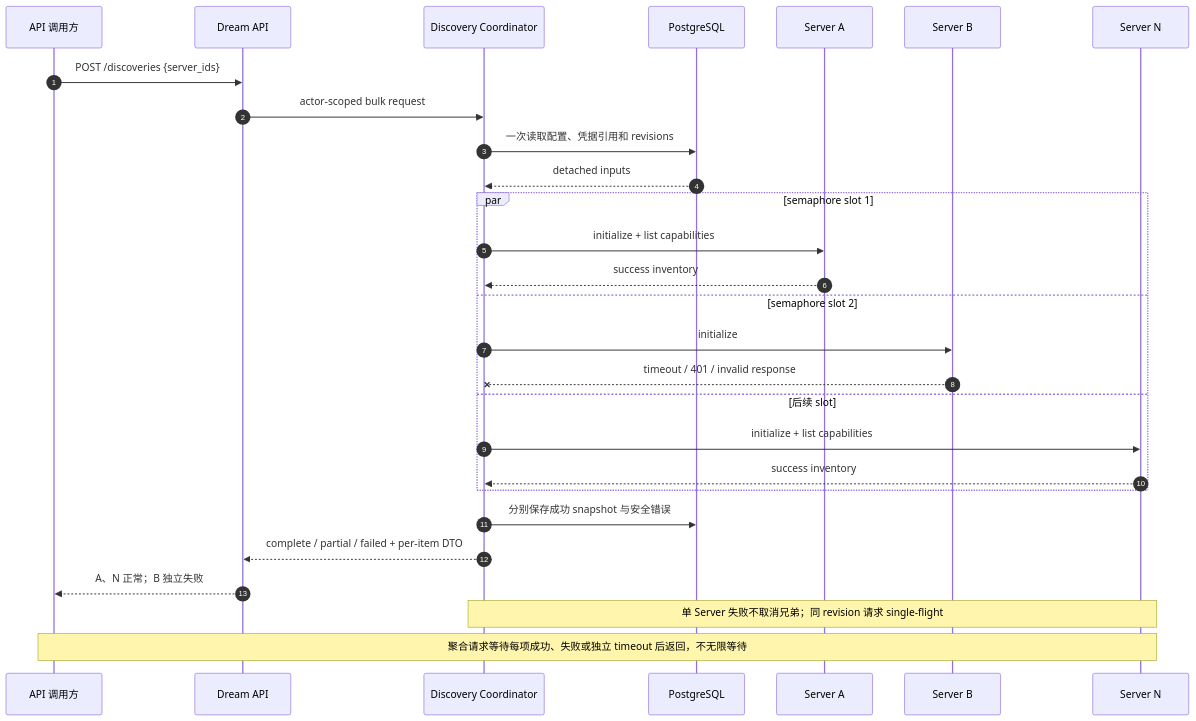
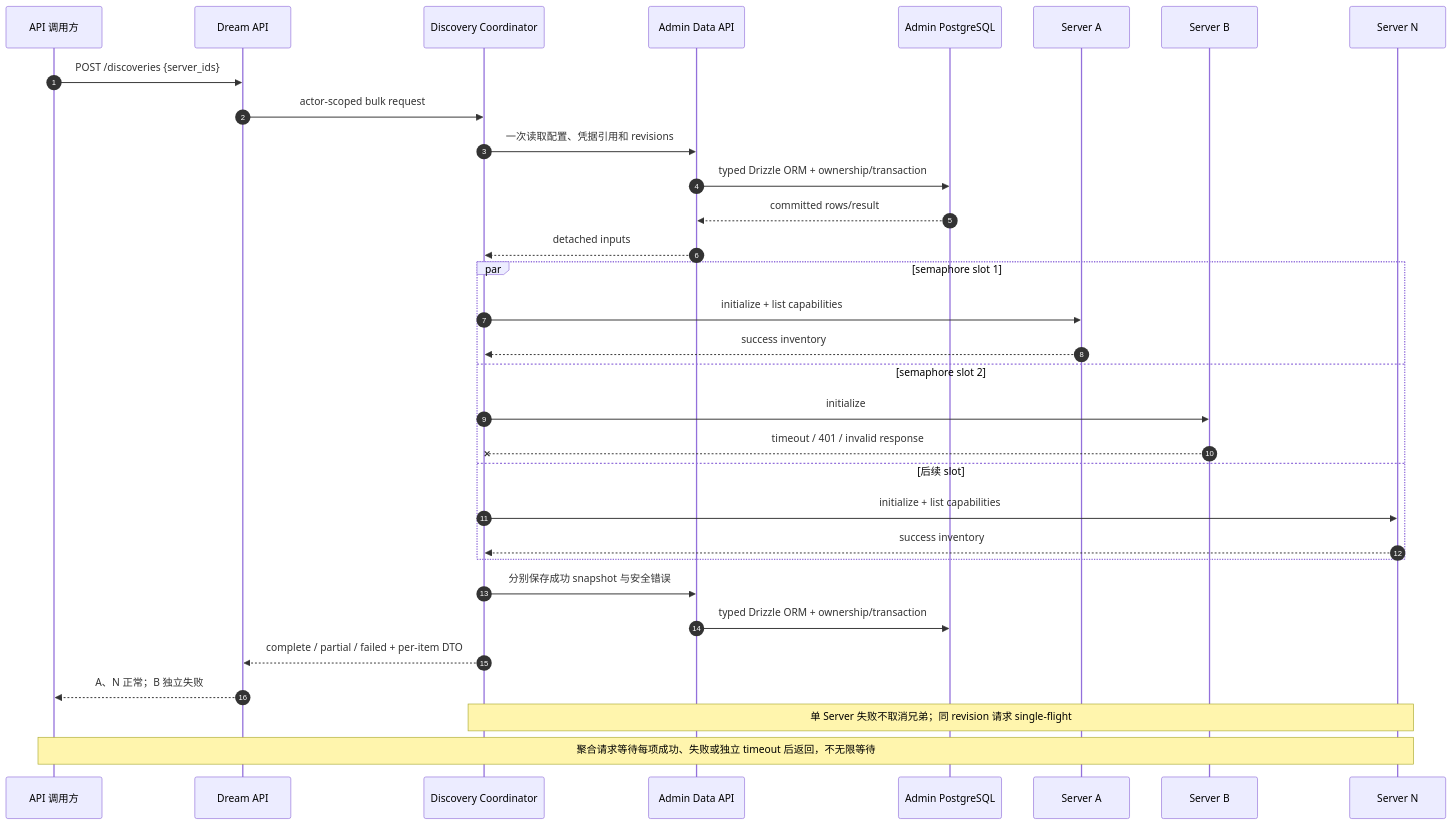
One commit to glide-the/im-dream changed the seventh of 10 diagrams in docs/design/claude-agent/dream-managed-mcp-business-sequences.md. Above: the diagram before and after it, drawn with Mermaid. The commit also changed other lines of this file and 30 other files, not shown here.

```diff
--- a/docs/design/claude-agent/dream-managed-mcp-business-sequences.md
+++ b/docs/design/claude-agent/dream-managed-mcp-business-sequences.md
@@ -285,31 +314,35 @@
 ~~~mermaid
 sequenceDiagram
     autonumber
     participant C as API 调用方
     participant API as Dream API
     participant D as Discovery Coordinator
-    participant DB as PostgreSQL
+    participant Admin as Admin Data API
+    participant DB as Admin PostgreSQL
     participant A as Server A
     participant B as Server B
     participant N as Server N
 
     C->>API: POST /discoveries {server_ids}
     API->>D: actor-scoped bulk request
-    D->>DB: 一次读取配置、凭据引用和 revisions
-    DB-->>D: detached inputs
+    D->>Admin: 一次读取配置、凭据引用和 revisions
+    Admin->>DB: typed Drizzle ORM + ownership/transaction
+    DB-->>Admin: committed rows/result
+    Admin-->>D: detached inputs
     par semaphore slot 1
         D->>A: initialize + list capabilities
         A-->>D: success inventory
     and semaphore slot 2
         D->>B: initialize
         B--xD: timeout / 401 / invalid response
     and 后续 slot
         D->>N: initialize + list capabilities
         N-->>D: success inventory
     end
-    D->>DB: 分别保存成功 snapshot 与安全错误
+    D->>Admin: 分别保存成功 snapshot 与安全错误
+    Admin->>DB: typed Drizzle ORM + ownership/transaction
     D-->>API: complete / partial / failed + per-item DTO
     API-->>C: A、N 正常；B 独立失败
     Note over D,N: 单 Server 失败不取消兄弟；同 revision 请求 single-flight
     Note over C,N: 聚合请求等待每项成功、失败或独立 timeout 后返回，不无限等待
 ~~~
```
